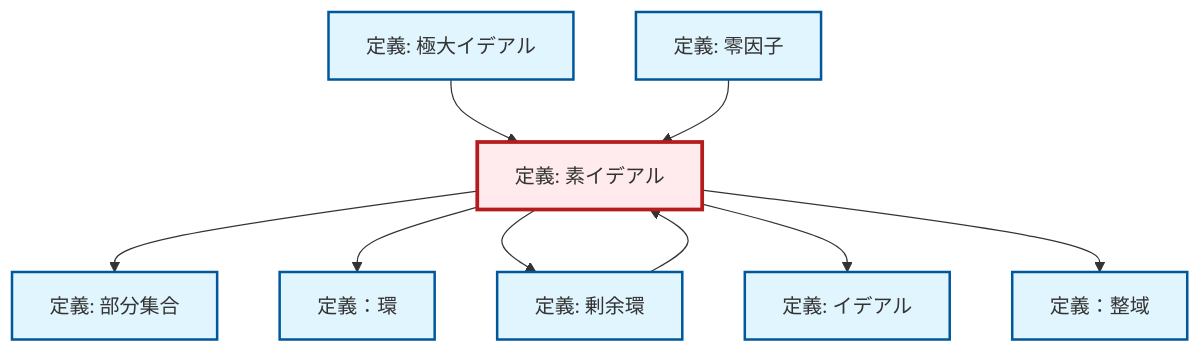
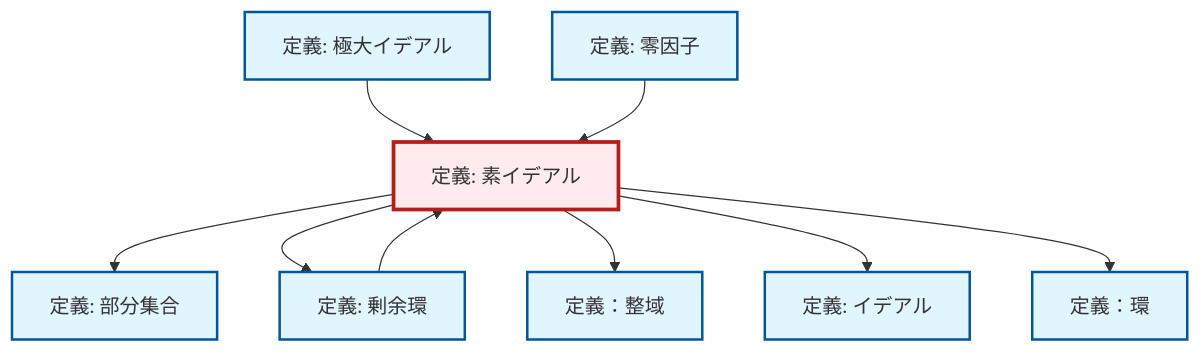
The diagram in content/ja/algebra/def-prime-ideal.qmd (RK0429/ModernMath), drawn with Mermaid before and after one commit. The commit also changed 672 other files, not shown here.

````diff
--- a/content/ja/algebra/def-prime-ideal.qmd
+++ b/content/ja/algebra/def-prime-ideal.qmd
@@ -86,33 +86,33 @@
 ```{mermaid}
-%%| fig-cap: "Local dependency graph"
+%%| fig-cap: "ローカル依存関係グラフ"
 graph TD
     classDef definition fill:#e1f5fe,stroke:#01579b,stroke-width:2px
     classDef theorem fill:#f3e5f5,stroke:#4a148c,stroke-width:2px
     classDef axiom fill:#fff3e0,stroke:#e65100,stroke-width:2px
     classDef example fill:#e8f5e9,stroke:#1b5e20,stroke-width:2px
     classDef current fill:#ffebee,stroke:#b71c1c,stroke-width:3px
-    def-ring["定義：環"]:::definition
+    def-integral-domain["定義：整域"]:::definition
     def-maximal-ideal["定義: 極大イデアル"]:::definition
     def-subset["定義: 部分集合"]:::definition
     def-prime-ideal["定義: 素イデアル"]:::definition
+    def-ideal["定義: イデアル"]:::definition
+    def-ring["定義：環"]:::definition
+    def-zero-divisor["定義: 零因子"]:::definition
     def-quotient-ring["定義: 剰余環"]:::definition
-    def-integral-domain["定義：整域"]:::definition
-    def-ideal["定義: イデアル"]:::definition
-    def-zero-divisor["定義: 零因子"]:::definition
+    def-maximal-ideal --> def-prime-ideal
+    def-prime-ideal --> def-subset
+    def-prime-ideal --> def-quotient-ring
+    def-prime-ideal --> def-integral-domain
+    def-prime-ideal --> def-ideal
     def-quotient-ring --> def-prime-ideal
-    def-maximal-ideal --> def-prime-ideal
+    def-prime-ideal --> def-ring
     def-zero-divisor --> def-prime-ideal
-    def-prime-ideal --> def-subset
-    def-prime-ideal --> def-ring
-    def-prime-ideal --> def-quotient-ring
-    def-prime-ideal --> def-ideal
-    def-prime-ideal --> def-integral-domain
     class def-prime-ideal current
-    click def-ring "def-ring.html" "定義：環へ"
+    click def-integral-domain "def-integral-domain.html" "定義：整域へ"
     click def-maximal-ideal "def-maximal-ideal.html" "極大イデアルの定義へ"
     click def-subset "def-subset.html" "部分集合の定義へ"
+    click def-ideal "def-ideal.html" "イデアルの定義へ"
+    click def-ring "def-ring.html" "定義：環へ"
+    click def-zero-divisor "def-zero-divisor.html" "零因子の定義へ"
     click def-quotient-ring "def-quotient-ring.html" "剰余環の定義へ"
-    click def-integral-domain "def-integral-domain.html" "定義：整域へ"
-    click def-ideal "def-ideal.html" "イデアルの定義へ"
-    click def-zero-divisor "def-zero-divisor.html" "零因子の定義へ"
 ```
````
